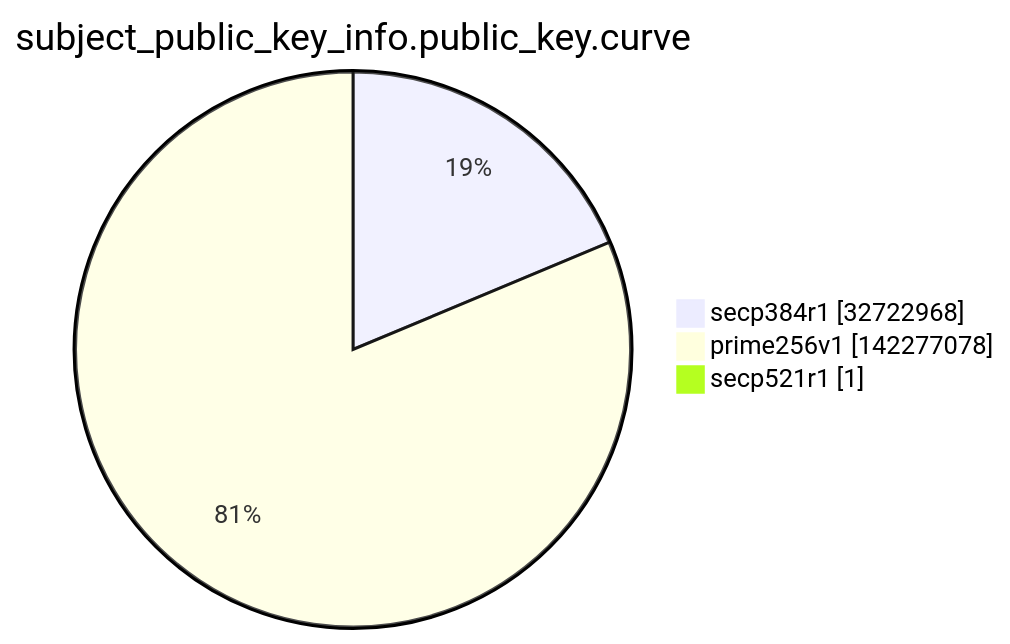
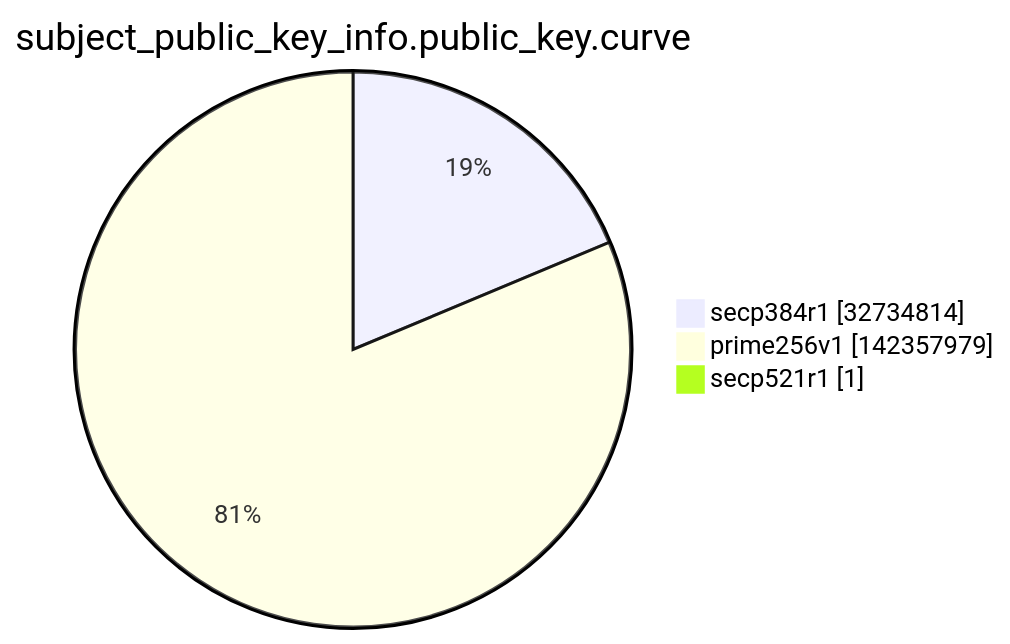
One commit to christiankrug/ctmonitor_visualization changed the ninth of 15 diagrams in argon2022/README.md. Above: the diagram before and after it, drawn with Mermaid. The commit also changed other lines of this file, not shown here.

````diff
--- a/argon2022/README.md
+++ b/argon2022/README.md
@@ -2763,7 +2763,7 @@
 ```mermaid
 pie showData
 title subject_public_key_info.public_key.curve
-"secp384r1" :32722968
-"prime256v1" :142277078
+"secp384r1" :32734814
+"prime256v1" :142357979
 "secp521r1" :1
 ```
````
